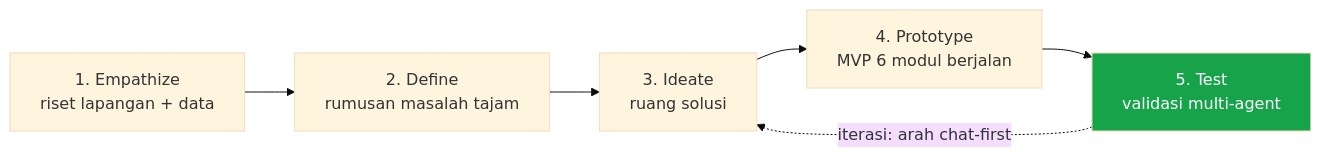
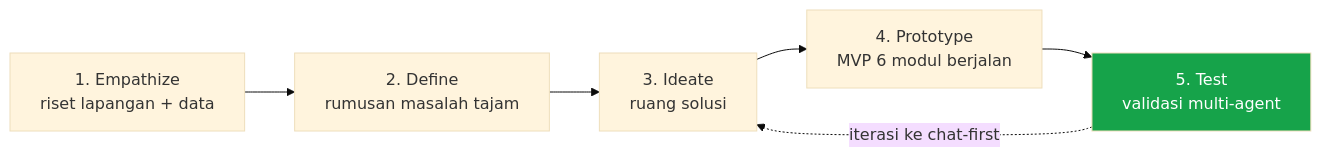
Before and after one commit to hamzaharmanhusni-ugm/hackaton-pidi: the diagram in 06 - Validasi Pasar/01 - Design Thinking.md, drawn with Mermaid (base theme). The commit also changed 2 other files, not shown here.

Commit message:
docs(pidi): konsep video elevator pitch Tahap 3 + perbaiki mermaid Design Thinking
- Konsep video: storyboard, script elevator 70 detik, pembagian tim, rencana editing, matriks bagian yang bisa pakai AI (dengan pagar kejujuran)
- Fix: hapus titik dua pada label edge mermaid di Design Thinking (penyebab render error)
- Dashboard 00 Beranda: rapikan format tabel

````diff
--- a/06 - Validasi Pasar/01 - Design Thinking.md
+++ b/06 - Validasi Pasar/01 - Design Thinking.md
@@ -13,9 +13,9 @@
 ```mermaid
 flowchart LR
   E["1. Empathize<br/>riset lapangan + data"] --> D["2. Define<br/>rumusan masalah tajam"]
   D --> I["3. Ideate<br/>ruang solusi"]
   I --> P["4. Prototype<br/>MVP 6 modul berjalan"]
   P --> T["5. Test<br/>validasi multi-agent"]
-  T -.->|iterasi: arah chat-first| I
+  T -.->|iterasi ke chat-first| I
   style T fill:#16a34a,color:#fff
 ```
````
